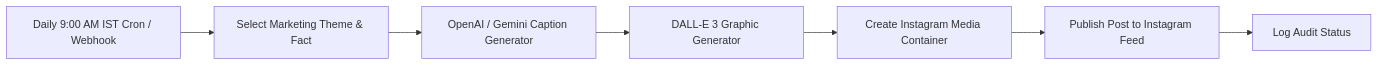
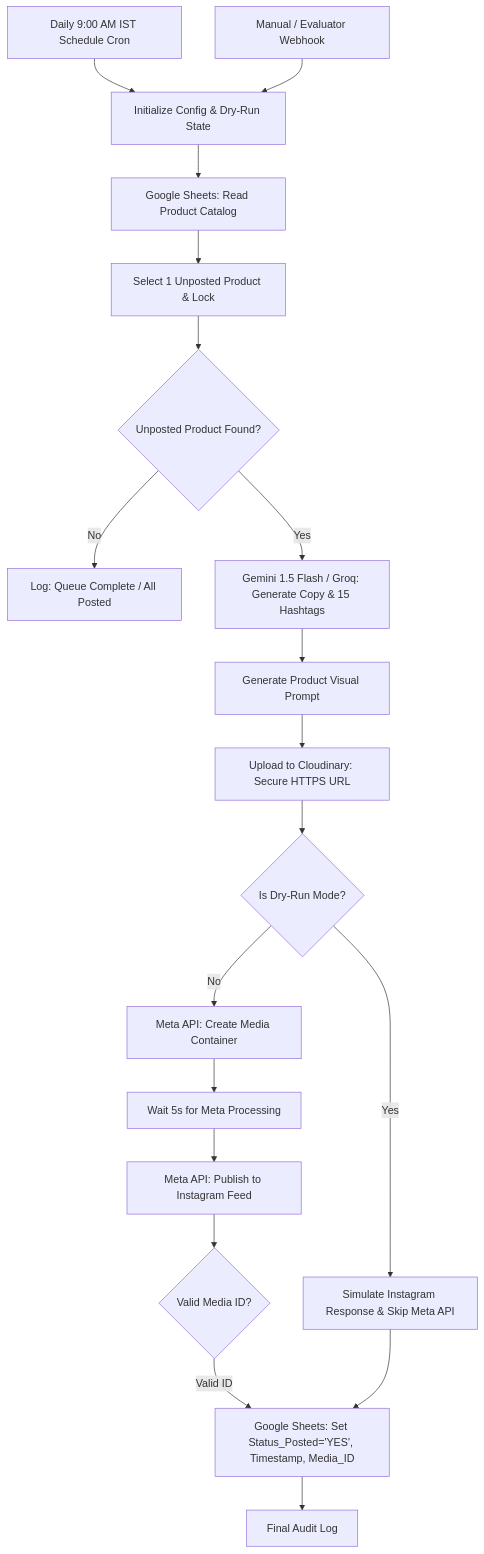
The diagram in n8n_workflows/README.md (suci456/-AquaCart), drawn with Mermaid before and after one commit. The commit also changed other lines of this file and 2 other files, not shown here.

Commit message:
feat(n8n): implement daily Instagram automation with Google Sheets, Gemini/Groq, Cloudinary, Meta Graph API, duplicate prevention, and dry-run mode

````diff
--- a/n8n_workflows/README.md
+++ b/n8n_workflows/README.md
@@ -9,9 +9,21 @@
 ```mermaid
-graph LR
-    Schedule[Daily 9:00 AM IST Cron / Webhook] --> Theme[Select Marketing Theme & Fact]
-    Theme --> AI[OpenAI / Gemini Caption Generator]
-    AI --> ImageGen[DALL-E 3 Graphic Generator]
-    ImageGen --> MetaContainer[Create Instagram Media Container]
-    MetaContainer --> MetaPublish[Publish Post to Instagram Feed]
-    MetaPublish --> AuditLog[Log Audit Status]
+graph TD
+    TriggerA[Daily 9:00 AM IST Schedule Cron] --> Init[Initialize Config & Dry-Run State]
+    TriggerB[Manual / Evaluator Webhook] --> Init
+    Init --> ReadSheets[Google Sheets: Read Product Catalog]
+    ReadSheets --> SelectOne[Select 1 Unposted Product & Lock]
+    SelectOne --> CheckQueue{Unposted Product Found?}
+    CheckQueue -- No --> EndQueue[Log: Queue Complete / All Posted]
+    CheckQueue -- Yes --> GeminiAI[Gemini 1.5 Flash / Groq: Generate Copy & 15 Hashtags]
+    GeminiAI --> Dalle[Generate Product Visual Prompt]
+    Dalle --> Cloudinary[Upload to Cloudinary: Secure HTTPS URL]
+    Cloudinary --> DryRunCheck{Is Dry-Run Mode?}
+    DryRunCheck -- Yes --> Simulate[Simulate Instagram Response & Skip Meta API]
+    DryRunCheck -- No --> MetaContainer[Meta API: Create Media Container]
+    MetaContainer --> MetaWait[Wait 5s for Meta Processing]
+    MetaWait --> MetaPublish[Meta API: Publish to Instagram Feed]
+    MetaPublish --> VerifyID{Valid Media ID?}
+    VerifyID -- Valid ID --> UpdateSheets[Google Sheets: Set Status_Posted='YES', Timestamp, Media_ID]
+    Simulate --> UpdateSheets
+    UpdateSheets --> AuditLog[Final Audit Log]
 ```
````
